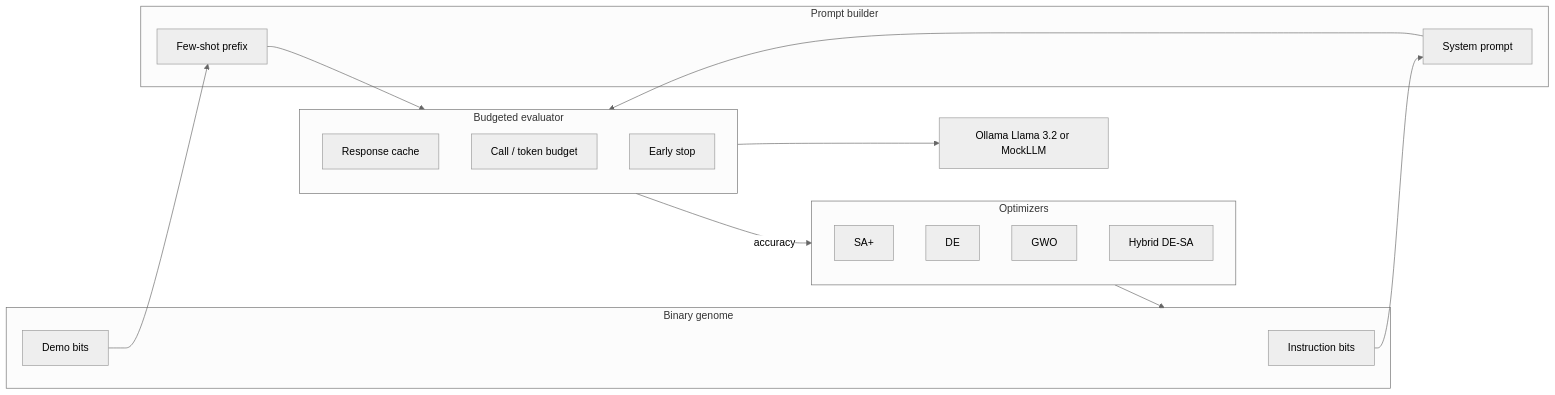
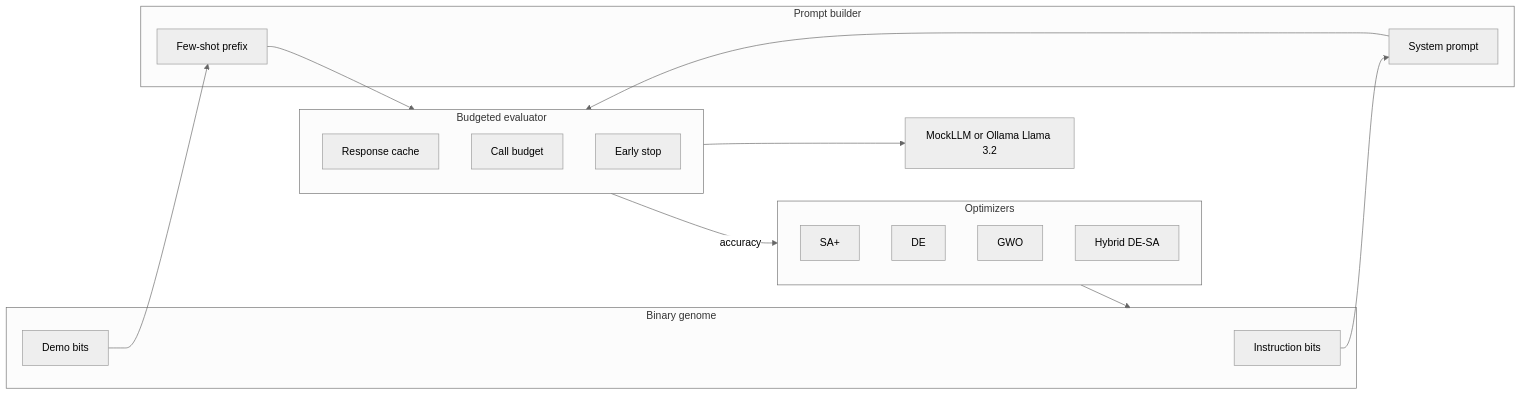
One commit to Samrwitt/prompt_engineering changed the diagram in README.md. Above: the diagram before and after it, drawn with Mermaid (neutral theme). The commit also changed other lines of this file and 59 other files, not shown here.

````diff
--- a/README.md
+++ b/README.md
@@ -49,29 +51,29 @@
 ```mermaid
 flowchart LR
   subgraph genome [Binary genome]
     I[Instruction bits]
     D[Demo bits]
   end
   subgraph build [Prompt builder]
     S[System prompt]
     F[Few-shot prefix]
   end
   subgraph search [Optimizers]
     SA[SA+]
     DE[DE]
     GWO[GWO]
     HY[Hybrid DE-SA]
   end
   subgraph eval [Budgeted evaluator]
     C[Response cache]
-    B[Call / token budget]
+    B[Call budget]
     E[Early stop]
   end
   I --> S
   D --> F
   search --> genome
   S --> eval
   F --> eval
   eval -->|accuracy| search
-  eval --> LLM[Ollama Llama 3.2 or MockLLM]
+  eval --> LLM[MockLLM or Ollama Llama 3.2]
 ```
````
